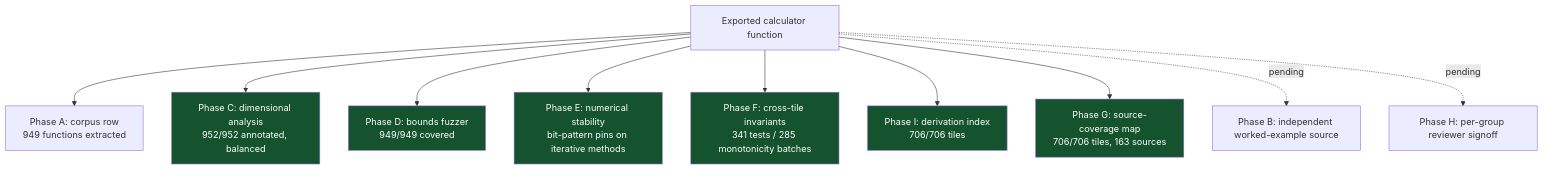
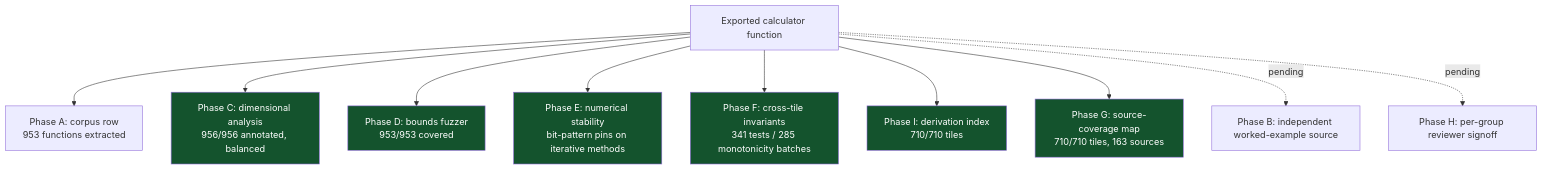
One commit to clay-good/roughlogic.com changed the sixth of 8 diagrams in README.md. Above: the diagram before and after it, drawn with Mermaid. The commit also changed other lines of this file and 16 other files, not shown here.

````diff
--- a/README.md
+++ b/README.md
@@ -519,18 +519,18 @@
 ```mermaid
 flowchart TB
-    F[Exported calculator function] --> A[Phase A: corpus row\n949 functions extracted]
-    F --> C[Phase C: dimensional analysis\n952/952 annotated, balanced]
-    F --> D[Phase D: bounds fuzzer\n949/949 covered]
+    F[Exported calculator function] --> A[Phase A: corpus row\n953 functions extracted]
+    F --> C[Phase C: dimensional analysis\n956/956 annotated, balanced]
+    F --> D[Phase D: bounds fuzzer\n953/953 covered]
     F --> E[Phase E: numerical stability\nbit-pattern pins on iterative methods]
     F --> Fa[Phase F: cross-tile invariants\n341 tests / 285 monotonicity batches]
-    F --> I[Phase I: derivation index\n706/706 tiles]
-    F --> G[Phase G: source-coverage map\n706/706 tiles, 163 sources]
+    F --> I[Phase I: derivation index\n710/710 tiles]
+    F --> G[Phase G: source-coverage map\n710/710 tiles, 163 sources]
     F -.pending.-> B[Phase B: independent worked-example source]
     F -.pending.-> H[Phase H: per-group reviewer signoff]
     style C fill:#14532d,color:#fff
     style D fill:#14532d,color:#fff
     style E fill:#14532d,color:#fff
     style Fa fill:#14532d,color:#fff
     style G fill:#14532d,color:#fff
     style I fill:#14532d,color:#fff
 ```
````
